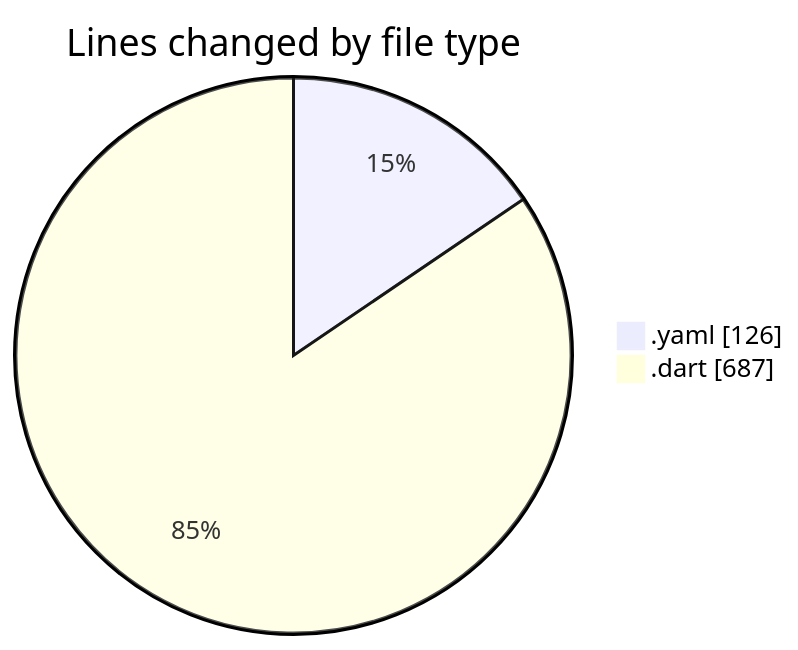
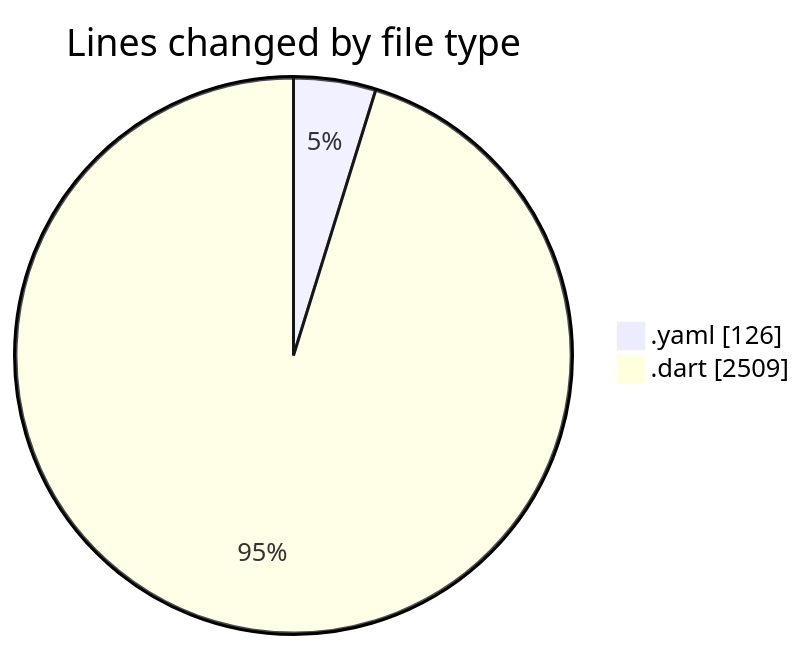
Before and after one commit to lephambinh05/code-tracking: the first of 2 diagrams in 2025-07-27/appproject/README.md, drawn with Mermaid. The commit also changed other lines of this file and 1 other file, not shown here.

````diff
--- a/2025-07-27/appproject/README.md
+++ b/2025-07-27/appproject/README.md
@@ -24,6 +29,6 @@
 ```mermaid
 pie showData
 title Lines changed by file type
 ".yaml" : 126
-".dart" : 687
+".dart" : 2509
 ```
````
